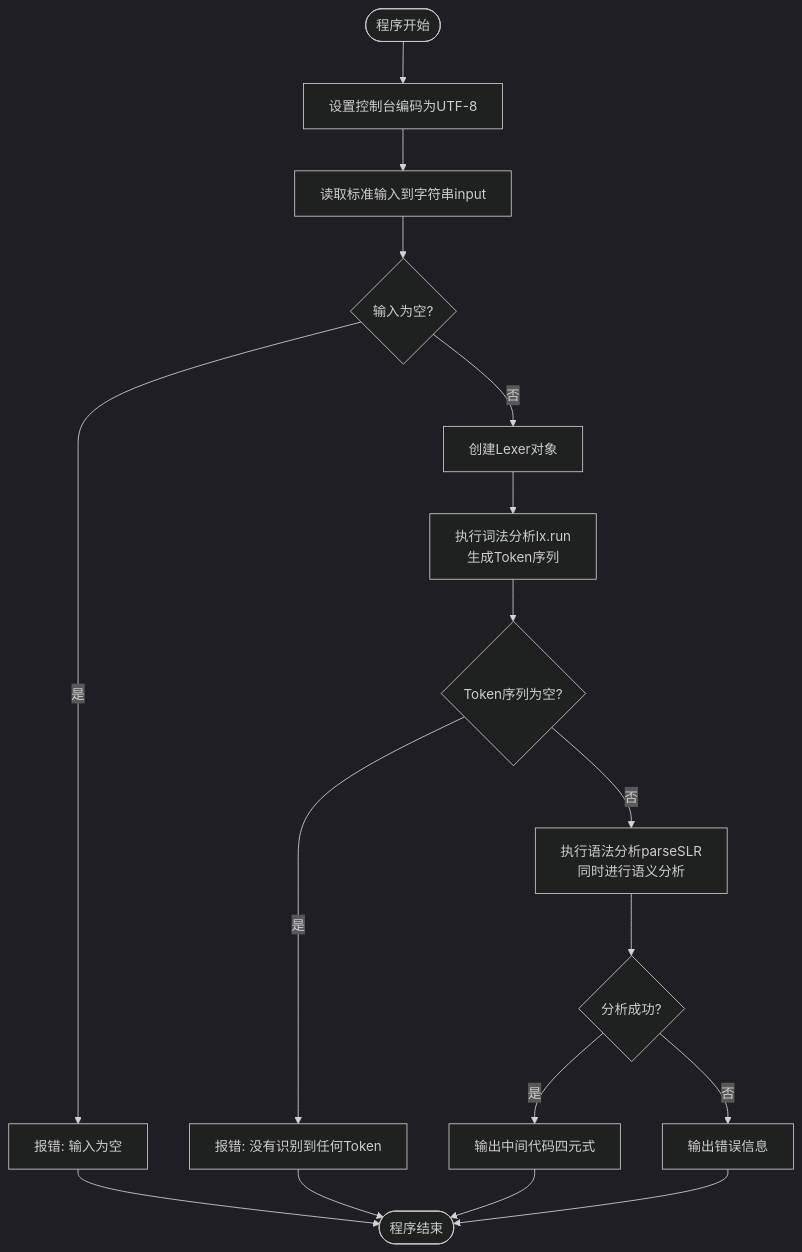
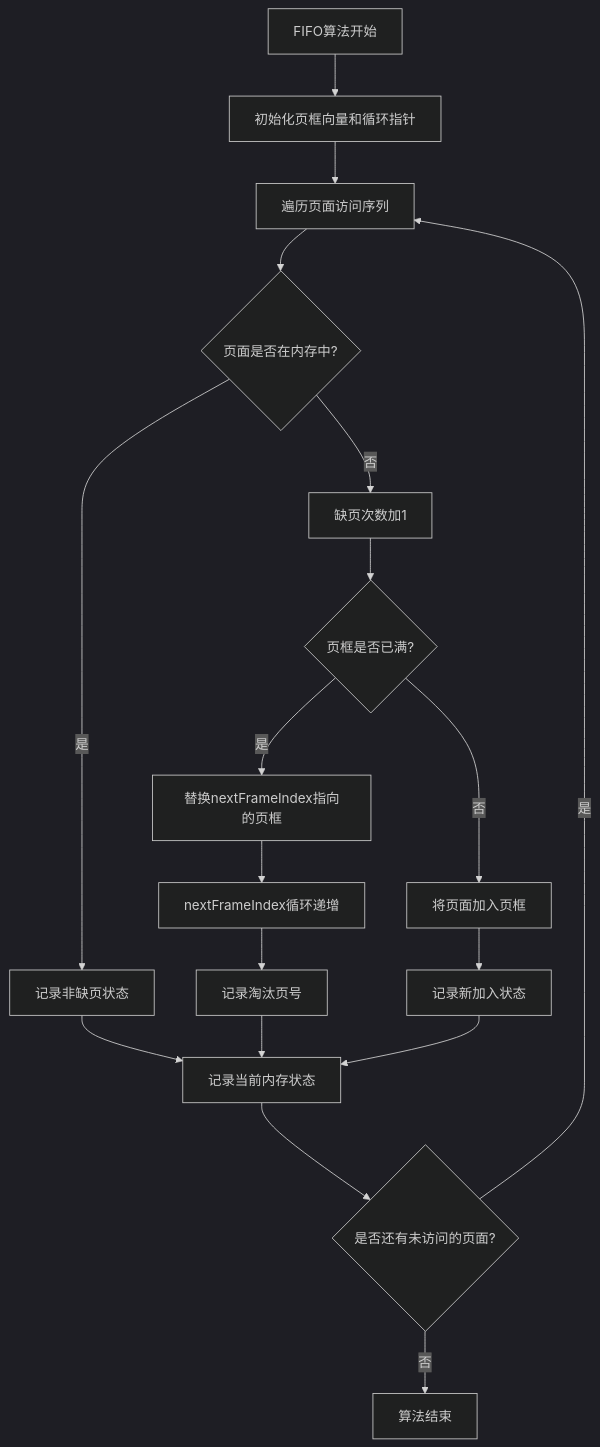
Before and after one commit to zhengky-paper-account/-CF-OF-: the third of 7 diagrams in README.md, drawn with Mermaid (dark theme). The commit also changed other lines of this file, not shown here.

````diff
--- a/README.md
+++ b/README.md
@@ -21,19 +81,20 @@
 ```mermaid
 flowchart TD
-    开始([程序开始]) --> 初始化编码[设置控制台编码为UTF-8]
-    初始化编码 --> 读取输入[读取标准输入到字符串input]
-    读取输入 --> 检查输入{输入为空?}
-    检查输入 -->|是| 报错输入为空[报错: 输入为空]
-    检查输入 -->|否| 创建词法分析器[创建Lexer对象]
-    创建词法分析器 --> 执行词法分析[执行词法分析lx.run<br/>生成Token序列]
-    执行词法分析 --> 检查Token{Token序列为空?}
-    检查Token -->|是| 报错无Token[报错: 没有识别到任何Token]
-    检查Token -->|否| 执行语法分析[执行语法分析parseSLR<br/>同时进行语义分析]
-    执行语法分析 --> 检查结果{分析成功?}
-    检查结果 -->|是| 输出中间代码[输出中间代码四元式]
-    检查结果 -->|否| 输出错误信息[输出错误信息]
-    输出中间代码 --> 结束([程序结束])
-    输出错误信息 --> 结束
-    报错输入为空 --> 结束
-    报错无Token --> 结束
+    A[FIFO算法开始] --> B[初始化页框向量和循环指针]
+    B --> C[遍历页面访问序列]
+    C --> D{页面是否在内存中?}
+    D -->|是| E[记录非缺页状态]
+    D -->|否| F[缺页次数加1]
+    F --> G{页框是否已满?}
+    G -->|否| H[将页面加入页框]
+    G -->|是| I[替换nextFrameIndex指向的页框]
+    I --> J[nextFrameIndex循环递增]
+    J --> K[记录淘汰页号]
+    H --> L[记录新加入状态]
+    E --> M[记录当前内存状态]
+    K --> M
+    L --> M
+    M --> N{是否还有未访问的页面?}
+    N -->|是| C
+    N -->|否| O[算法结束]
 ```
````
